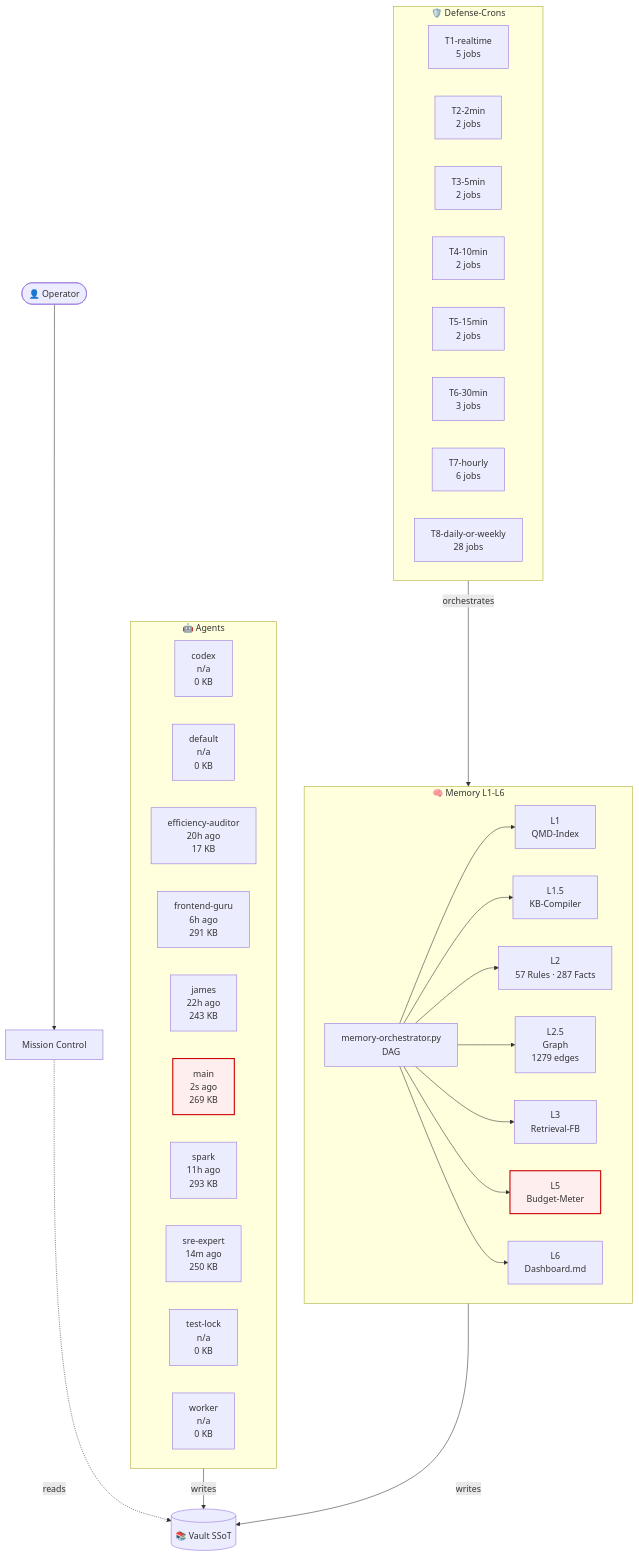
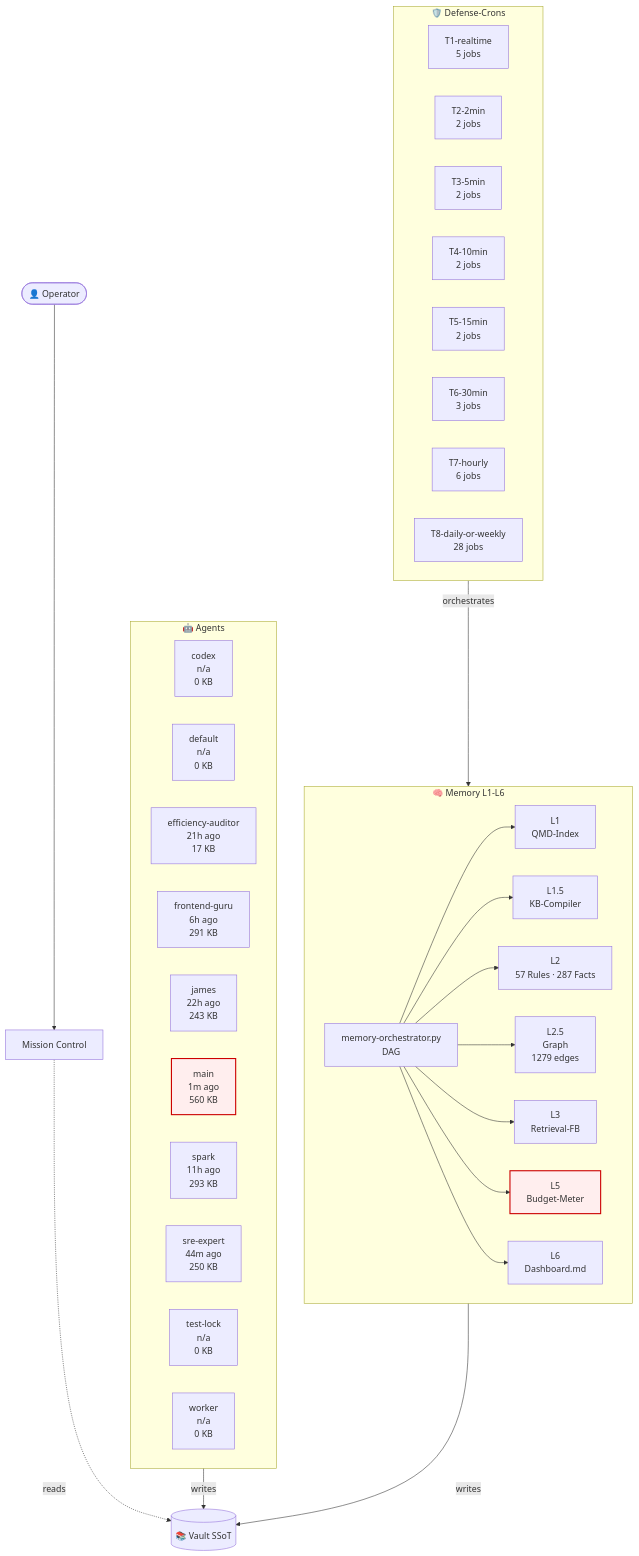
The diagram in 03-Agents/architecture-live.md (lenardhuebner88-rgb/openclaw-memory), drawn with Mermaid before and after one commit. The commit also changed other lines of this file and 17 other files, not shown here.

````diff
--- a/03-Agents/architecture-live.md
+++ b/03-Agents/architecture-live.md
@@ -18,53 +18,53 @@
 ```mermaid
 flowchart TB
     classDef critical fill:#fee,stroke:#c00,stroke-width:2px;
     subgraph AGT["🤖 Agents"]
         agent_codex["codex<br/>n/a<br/>0 KB"]
         agent_default["default<br/>n/a<br/>0 KB"]
-        agent_efficiency_auditor["efficiency-auditor<br/>20h ago<br/>17 KB"]
+        agent_efficiency_auditor["efficiency-auditor<br/>21h ago<br/>17 KB"]
         agent_frontend_guru["frontend-guru<br/>6h ago<br/>291 KB"]
         agent_james["james<br/>22h ago<br/>243 KB"]
-        agent_main["main<br/>2s ago<br/>269 KB"]
+        agent_main["main<br/>1m ago<br/>560 KB"]
         agent_spark["spark<br/>11h ago<br/>293 KB"]
-        agent_sre_expert["sre-expert<br/>14m ago<br/>250 KB"]
+        agent_sre_expert["sre-expert<br/>44m ago<br/>250 KB"]
         agent_test_lock["test-lock<br/>n/a<br/>0 KB"]
         agent_worker["worker<br/>n/a<br/>0 KB"]
     end
     subgraph MEM["🧠 Memory L1-L6"]
         L1["L1<br/>QMD-Index"]
         L15["L1.5<br/>KB-Compiler"]
         L2["L2<br/>57 Rules · 287 Facts"]
         L25["L2.5<br/>Graph<br/>1279 edges"]
         L3["L3<br/>Retrieval-FB"]
         L5["L5<br/>Budget-Meter"]
         L6["L6<br/>Dashboard.md"]
         ORCH["memory-orchestrator.py<br/>DAG"]
     end
     subgraph CRN["🛡️ Defense-Crons"]
         tier_T1_realtime["T1-realtime<br/>5 jobs"]
         tier_T2_2min["T2-2min<br/>2 jobs"]
         tier_T3_5min["T3-5min<br/>2 jobs"]
         tier_T4_10min["T4-10min<br/>2 jobs"]
         tier_T5_15min["T5-15min<br/>2 jobs"]
         tier_T6_30min["T6-30min<br/>3 jobs"]
         tier_T7_hourly["T7-hourly<br/>6 jobs"]
         tier_T8_daily_or_weekly["T8-daily-or-weekly<br/>28 jobs"]
     end
     VAULT[("📚 Vault SSoT")]
     OP([👤 Operator])
     MC["Mission Control"]
     OP --> MC
     MC -.reads.-> VAULT
     AGT -->|writes| VAULT
     MEM -->|writes| VAULT
     ORCH --> L1
     ORCH --> L15
     ORCH --> L2
     ORCH --> L25
     ORCH --> L3
     ORCH --> L5
     ORCH --> L6
     CRN -->|orchestrates| MEM
     class L5 critical
     class agent_main critical
 ```
````
